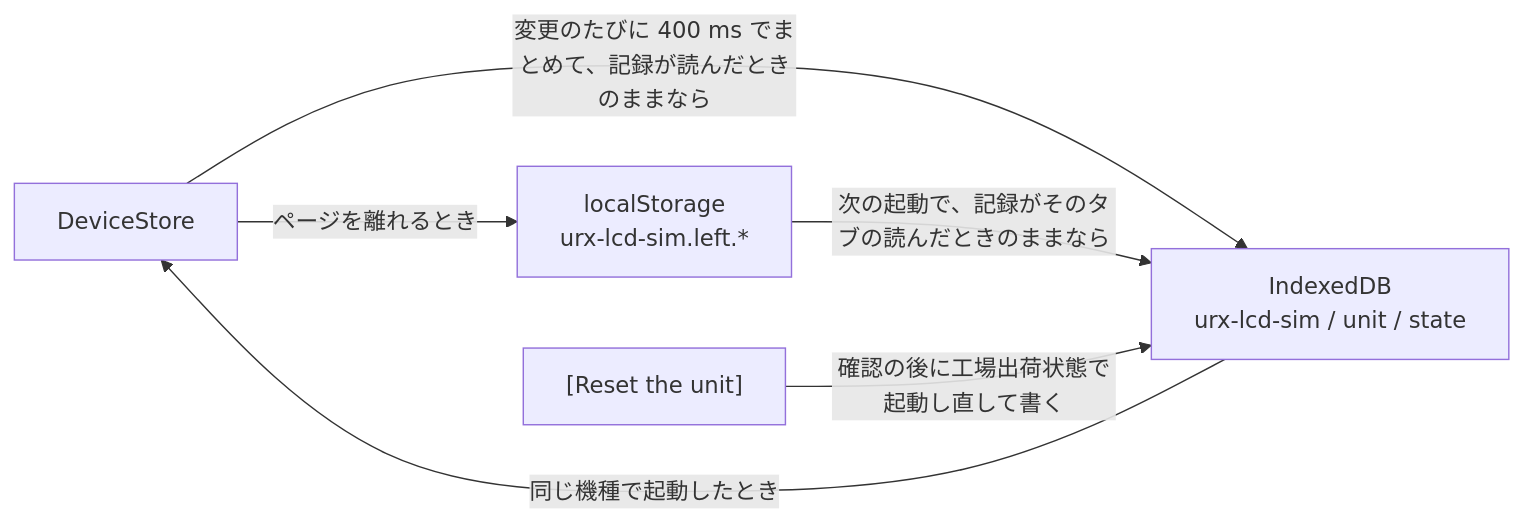
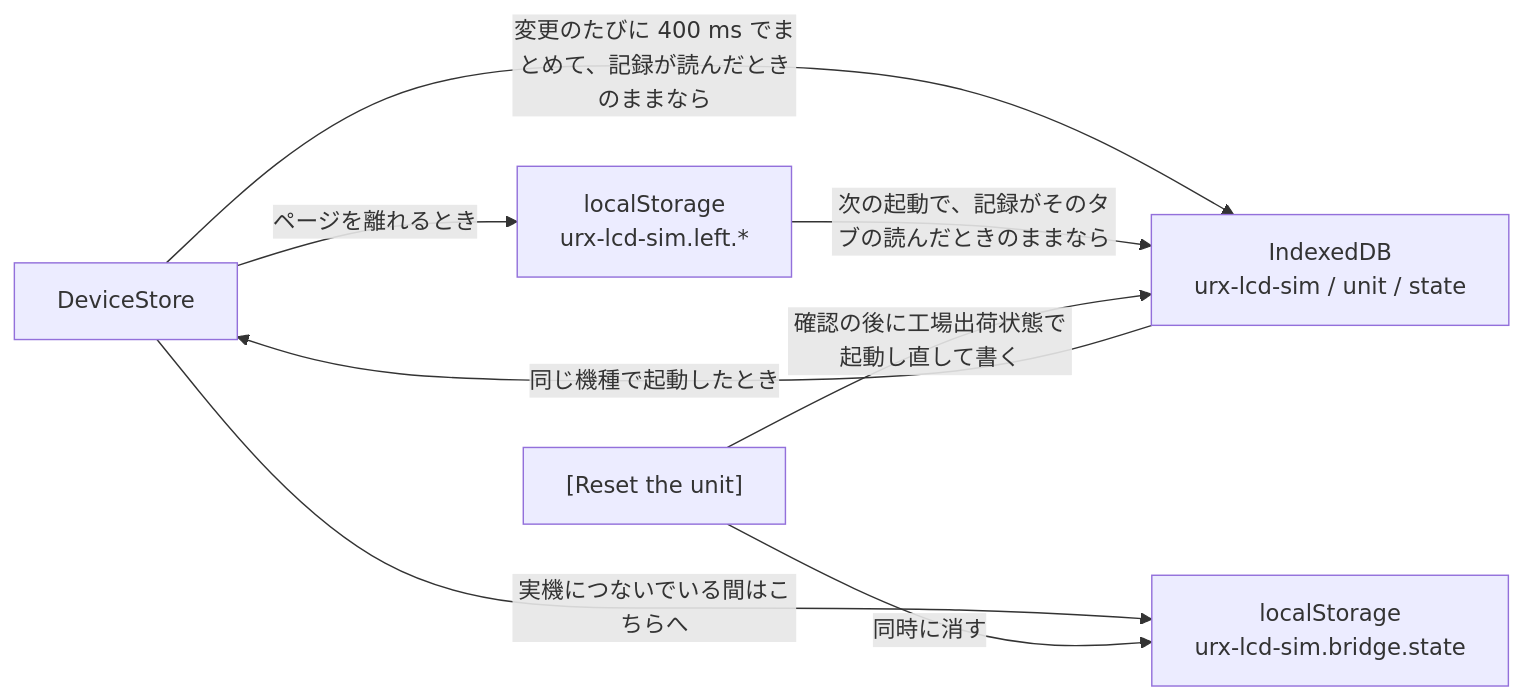
The second of 2 diagrams in docs/ja/architecture.md (semnil/urx-lcd-sim), drawn with Mermaid before and after one commit. The commit also changed other lines of this file and 12 other files, not shown here.

````diff
--- a/docs/ja/architecture.md
+++ b/docs/ja/architecture.md
@@ -140,8 +145,10 @@
 ```mermaid
 flowchart LR
   ST["DeviceStore"] -->|"変更のたびに 400 ms でまとめて、記録が読んだときのままなら"| DB["IndexedDB<br/>urx-lcd-sim / unit / state"]
   DB -->|"同じ機種で起動したとき"| ST
   ST -->|"ページを離れるとき"| LEFT["localStorage<br/>urx-lcd-sim.left.*"]
   LEFT -->|"次の起動で、記録がそのタブの読んだときのままなら"| DB
   RS["[Reset the unit]"] -->|"確認の後に工場出荷状態で起動し直して書く"| DB
+  ST -->|"実機につないでいる間はこちらへ"| LB["localStorage<br/>urx-lcd-sim.bridge.state"]
+  RS -->|"同時に消す"| LB
 ```
````
